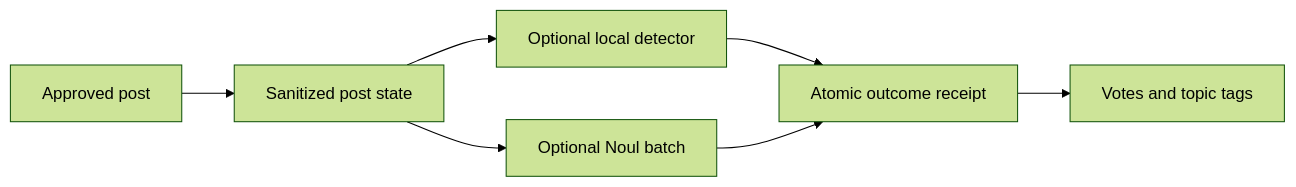
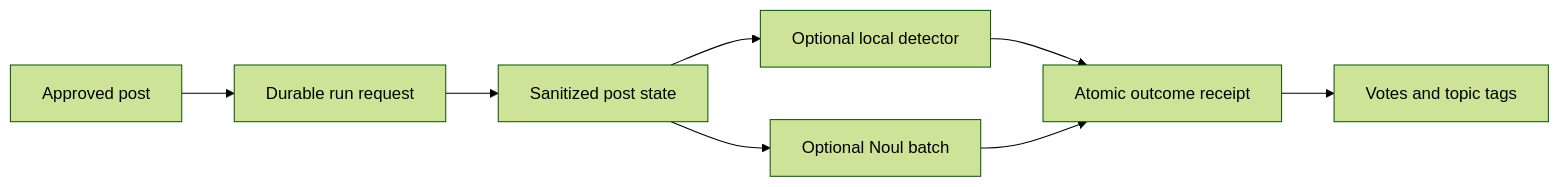
One commit to vouchington/vouchington changed the diagram in docs/overview/architecture/ai-agents/post-classifier/README.md. Above: the diagram before and after it, drawn with Mermaid (forest theme). The commit also changed other lines of this file and 156 other files, not shown here.

````diff
--- a/docs/overview/architecture/ai-agents/post-classifier/README.md
+++ b/docs/overview/architecture/ai-agents/post-classifier/README.md
@@ -25,9 +26,10 @@
 ```mermaid
 flowchart LR
-  post[Approved post] --> state[Sanitized post state]
+  post[Approved post] --> request[Durable run request]
+  request --> state[Sanitized post state]
   state --> local[Optional local detector]
   state --> remote[Optional Noul batch]
   local --> receipt[Atomic outcome receipt]
   remote --> receipt
   receipt --> effects[Votes and topic tags]
 ```
````
